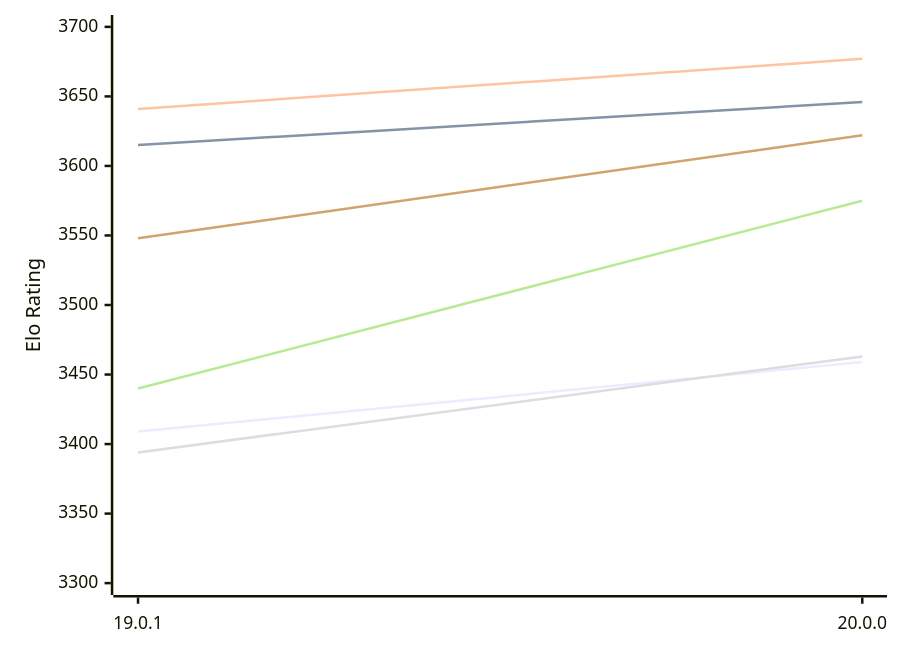
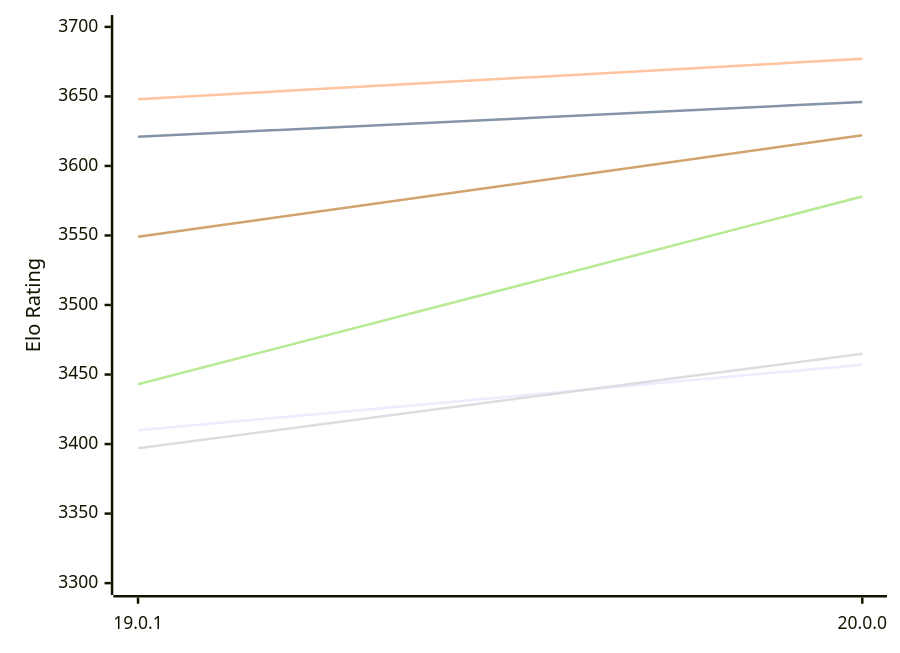
One commit to computer-chess-index/cci changed the first of 2 diagrams in engines/Viridithas.md. Above: the diagram before and after it, drawn with Mermaid. The commit also changed other lines of this file, not shown here.

Commit message:
Update CCI Ratings (ELO VLTC) - 2026-11-24

````diff
--- a/engines/Viridithas.md
+++ b/engines/Viridithas.md
@@ -58,12 +58,12 @@
 ```mermaid
 %%{init: {"theme":"base","themeVariables":{"seriesColors:['#a3a3a3','#222221','#faa371']}}}%%
 xychart-beta
   x-axis ["19.0.1", "20.0.0"]
   y-axis "Elo Rating" 3300 --> 3700
-  line "E1: STC (8.0+0.08s)" [3409, 3459]
-  line "E1: LTC (60.0+0.60s)" [3615, 3646]
-  line "E1: VLTC (2m24s+1.12s)" [3641, 3677]
-  line "P1: STC (8.0+0.08s)" [3394, 3463]
-  line "P1: LTC (60.0+0.60s)" [3440, 3575]
-  line "P1: VLTC (2m24s+1.12s)" [3548, 3622]
+  line "E1: STC (8.0+0.08s)" [3410, 3457]
+  line "E1: LTC (60.0+0.60s)" [3621, 3646]
+  line "E1: VLTC (2m24s+1.12s)" [3648, 3677]
+  line "P1: STC (8.0+0.08s)" [3397, 3465]
+  line "P1: LTC (60.0+0.60s)" [3443, 3578]
+  line "P1: VLTC (2m24s+1.12s)" [3549, 3622]
 ```
````
